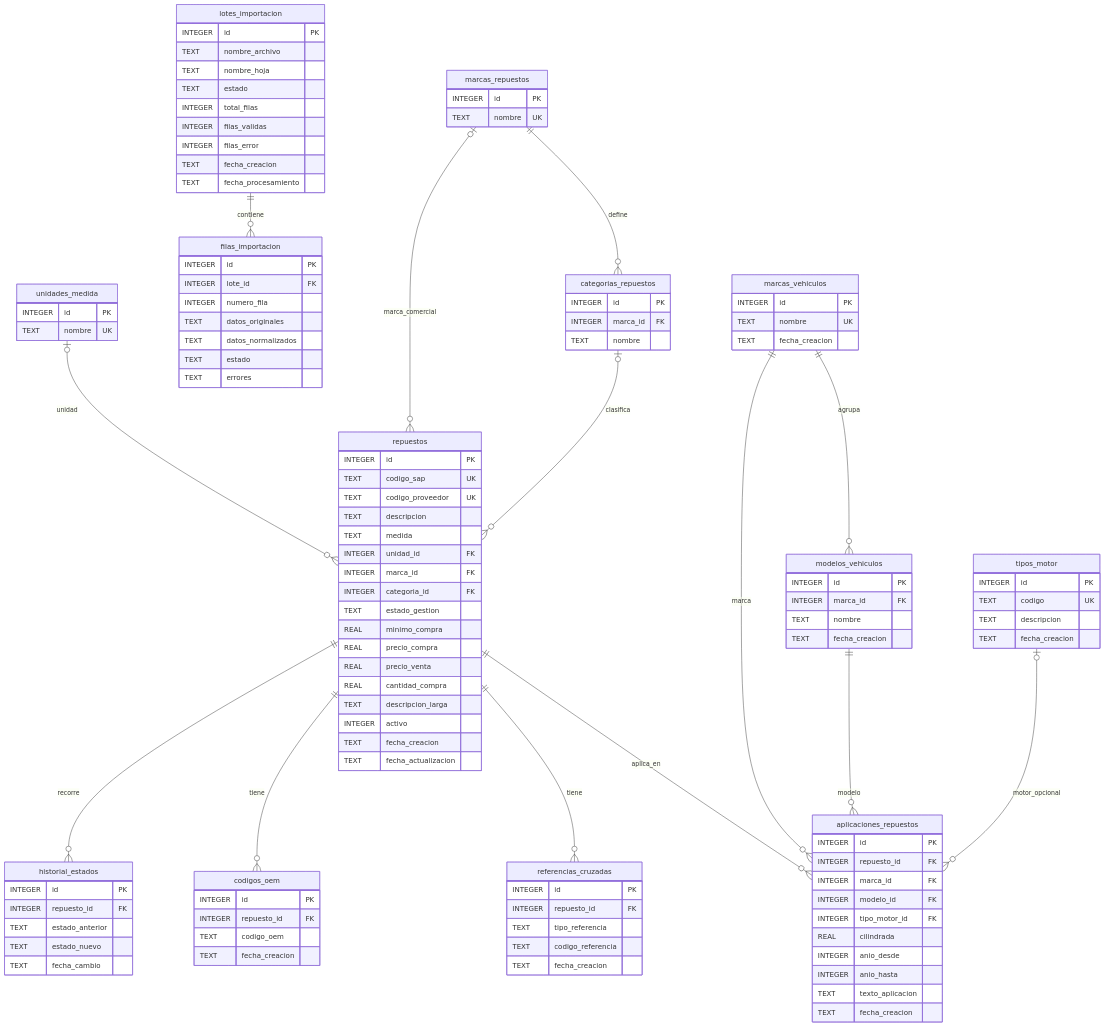
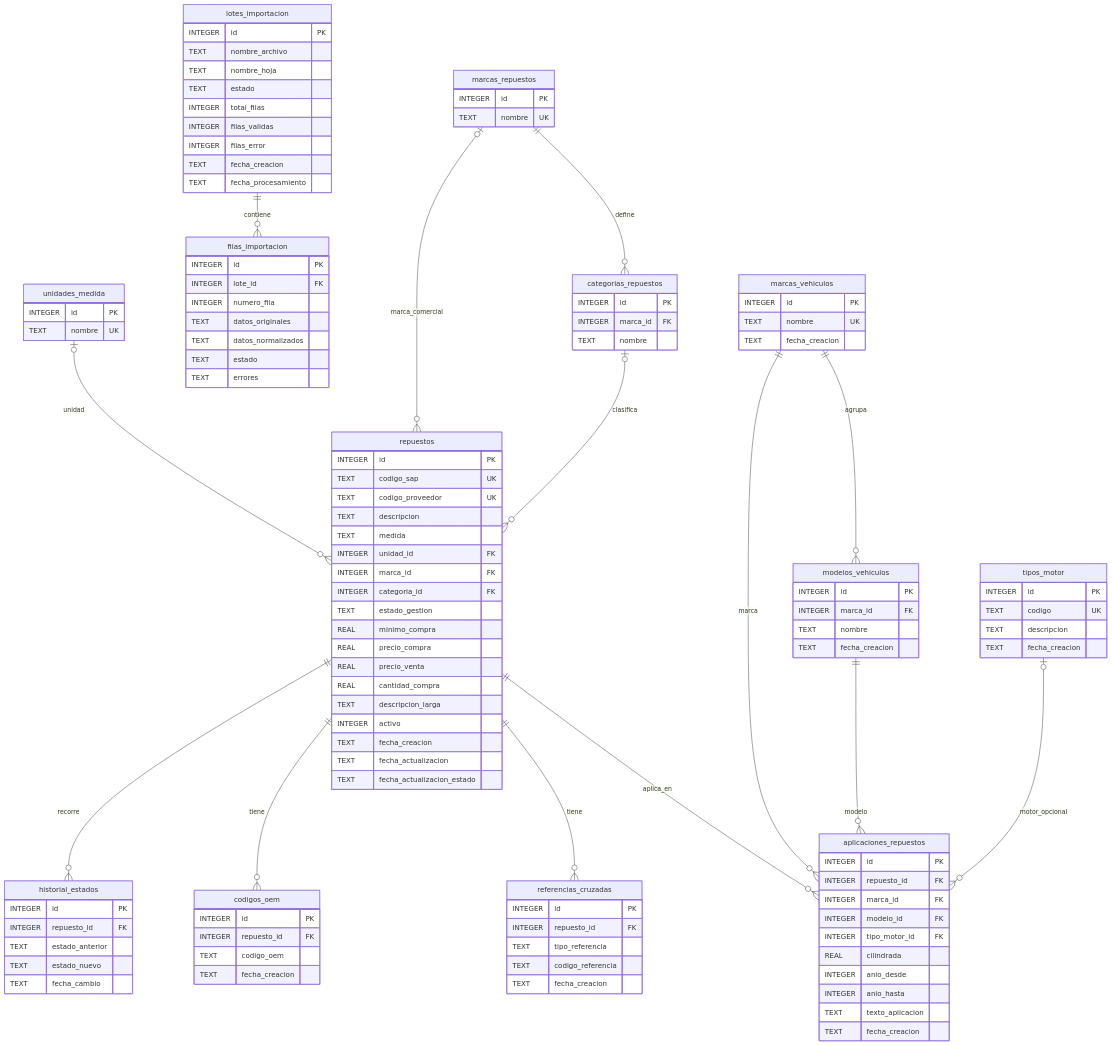
The diagram in catalogo/DIAGRAMA_ER.md (edwincolquev/workflow), drawn with Mermaid before and after one commit. The commit also changed 19 other files, not shown here.

```diff
--- a/catalogo/DIAGRAMA_ER.md
+++ b/catalogo/DIAGRAMA_ER.md
@@ -23,6 +23,7 @@
         INTEGER activo
         TEXT fecha_creacion
         TEXT fecha_actualizacion
+        TEXT fecha_actualizacion_estado
     }
     codigos_oem {
         INTEGER id PK
```
